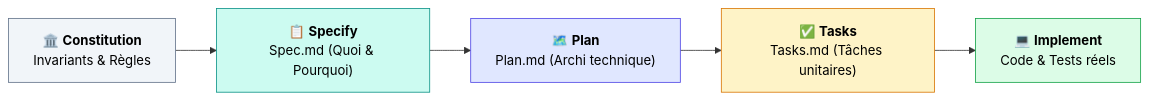
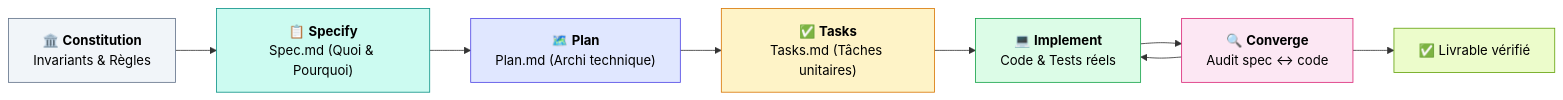
Before and after one commit to barais/agentic.module6: the first of 2 diagrams in slides.md, drawn with Mermaid. The commit also changed other lines of this file, not shown here.

````diff
--- a/slides.md
+++ b/slides.md
@@ -113,13 +106,18 @@
-```mermaid {scale: 0.8}
+```mermaid {scale: 0.72}
 flowchart LR
     C["🏛️ <b>Constitution</b><br/>Invariants & Règles"] --> S["📋 <b>Specify</b><br/>Spec.md (Quoi & Pourquoi)"]
     S --> P["🗺️ <b>Plan</b><br/>Plan.md (Archi technique)"]
     P --> T["✅ <b>Tasks</b><br/>Tasks.md (Tâches unitaires)"]
     T --> I["💻 <b>Implement</b><br/>Code & Tests réels"]
+    I --> V["🔍 <b>Converge</b><br/>Audit spec ↔ code"]
+    V --> I
+    V --> D["✅ Livrable vérifié"]
 
     style C fill:#f1f5f9,stroke:#64748b,color:#000
     style S fill:#ccfbf1,stroke:#0d9488,color:#000
     style P fill:#e0e7ff,stroke:#4f46e5,color:#000
     style T fill:#fef3c7,stroke:#d97706,color:#000
     style I fill:#dcfce7,stroke:#16a34a,color:#000
+    style V fill:#fce7f3,stroke:#db2777,color:#000
+    style D fill:#ecfccb,stroke:#65a30d,color:#000
 ```
````
